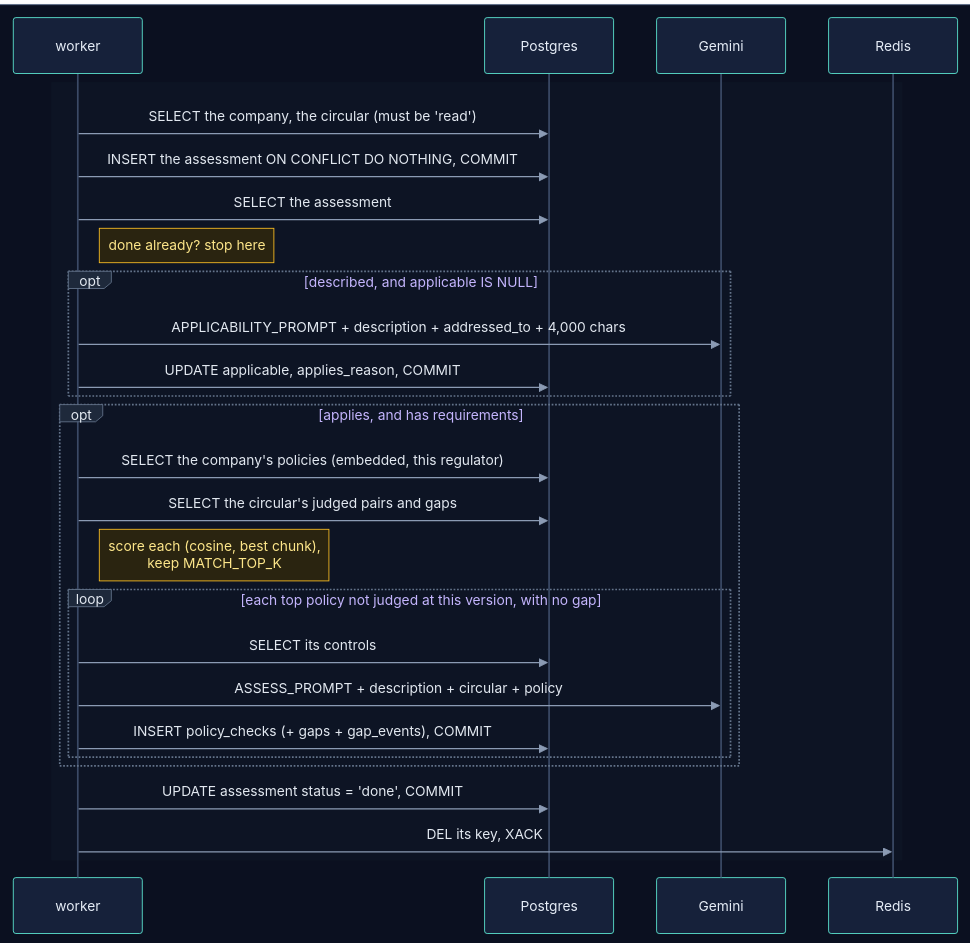
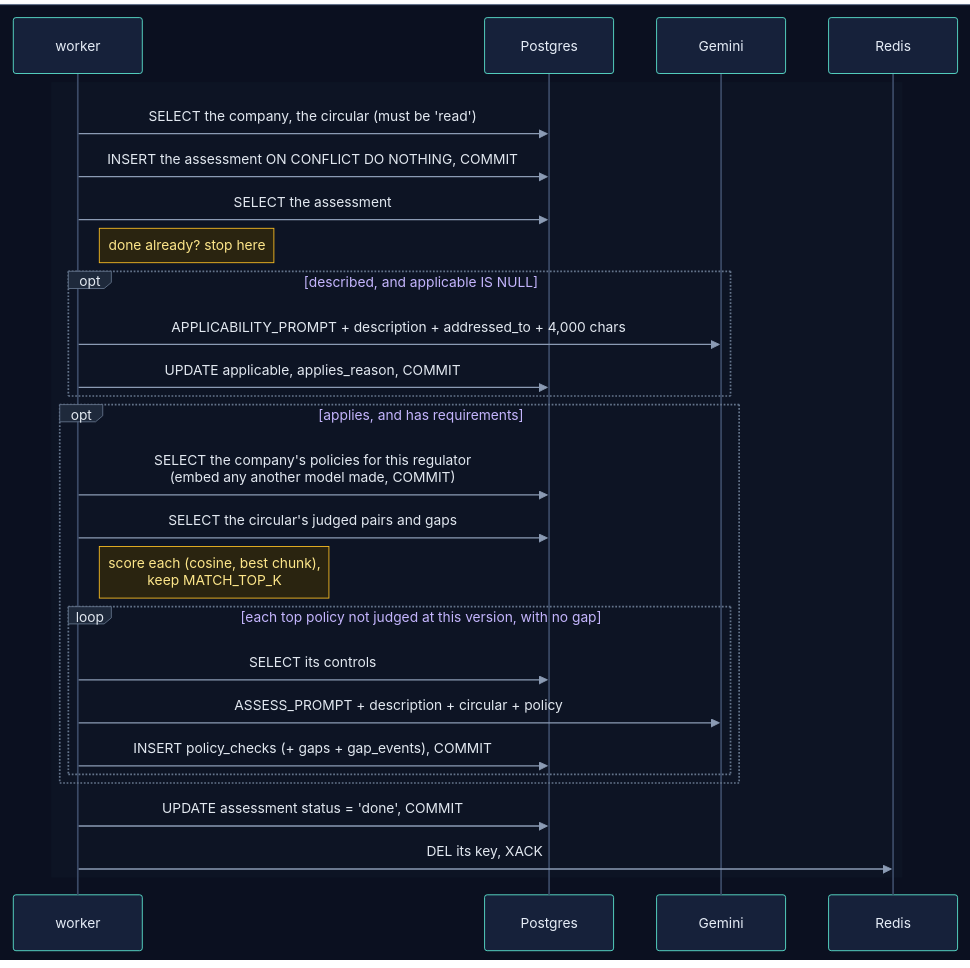
Before and after one commit to selvakumarperumal/Regulatory_Circular_Impact_Agent: diagram 37 of 44 in backend/worker/INTERNALS.md, drawn with Mermaid. The commit also changed other lines of this file and 7 other files, not shown here.

````diff
--- a/backend/worker/INTERNALS.md
+++ b/backend/worker/INTERNALS.md
@@ -1978,33 +2020,33 @@
 ```mermaid
 %%{init: {"theme": "base", "sequence": {"diagramMarginX": 0, "diagramMarginY": 0}, "themeVariables": {"darkMode": true, "primaryColor": "#16213a", "primaryTextColor": "#e6edf7", "primaryBorderColor": "#475a7a", "lineColor": "#8b9bb4", "secondaryColor": "#1b2436", "tertiaryColor": "#101a2e", "edgeLabelBackground": "#0f172a", "textColor": "#e2e8f0", "actorBkg": "#16213a", "actorBorder": "#5eead4", "actorTextColor": "#e6edf7", "actorLineColor": "#3b4a66", "signalColor": "#8b9bb4", "signalTextColor": "#e2e8f0", "noteBkgColor": "#2a2410", "noteBorderColor": "#fbbf24", "noteTextColor": "#fde68a", "labelBoxBkgColor": "#1e293b", "labelBoxBorderColor": "#64748b", "labelTextColor": "#e2e8f0", "loopTextColor": "#c4b5fd", "sequenceNumberColor": "#0b1020", "activationBkgColor": "#1e293b"}}}%%
 sequenceDiagram
     box rgb(11, 16, 32)
         participant K as worker
         participant PG as Postgres
         participant G as Gemini
         participant R as Redis
     end
 
     rect rgb(13, 20, 36)
         K->>PG: SELECT the company, the circular (must be 'read')
         K->>PG: INSERT the assessment ON CONFLICT DO NOTHING, COMMIT
         K->>PG: SELECT the assessment
         Note right of K: done already? stop here
         opt described, and applicable IS NULL
             K->>G: APPLICABILITY_PROMPT + description + addressed_to + 4,000 chars
             K->>PG: UPDATE applicable, applies_reason, COMMIT
         end
         opt applies, and has requirements
-            K->>PG: SELECT the company's policies (embedded, this regulator)
+            K->>PG: SELECT the company's policies for this regulator<br/>(embed any another model made, COMMIT)
             K->>PG: SELECT the circular's judged pairs and gaps
             Note right of K: score each (cosine, best chunk),<br/>keep MATCH_TOP_K
             loop each top policy not judged at this version, with no gap
                 K->>PG: SELECT its controls
                 K->>G: ASSESS_PROMPT + description + circular + policy
                 K->>PG: INSERT policy_checks (+ gaps + gap_events), COMMIT
             end
         end
         K->>PG: UPDATE assessment status = 'done', COMMIT
         K->>R: DEL its key, XACK
     end
 ```
````
